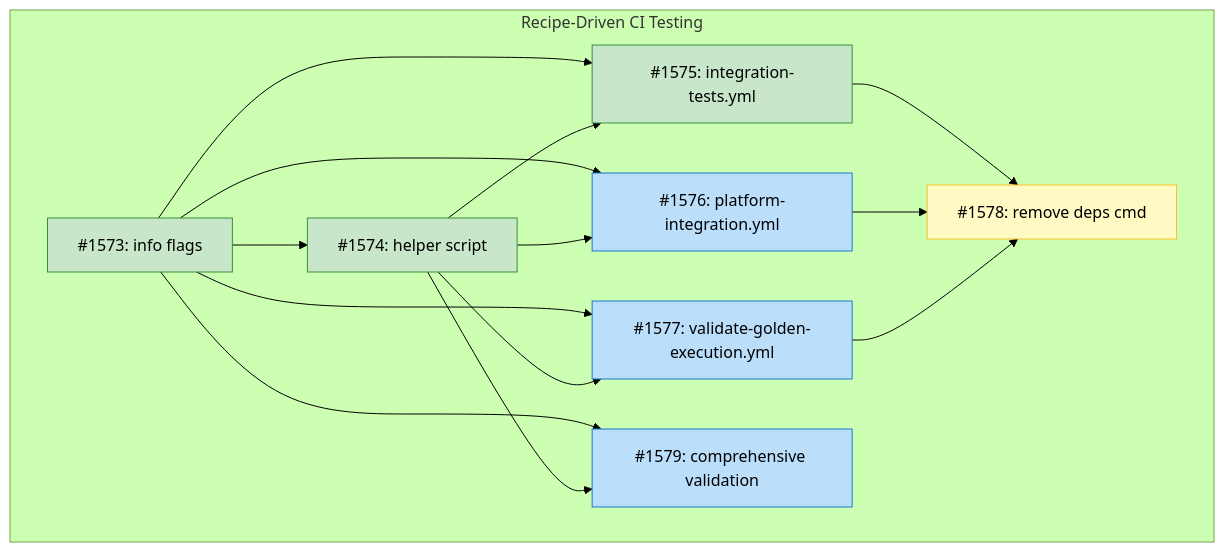
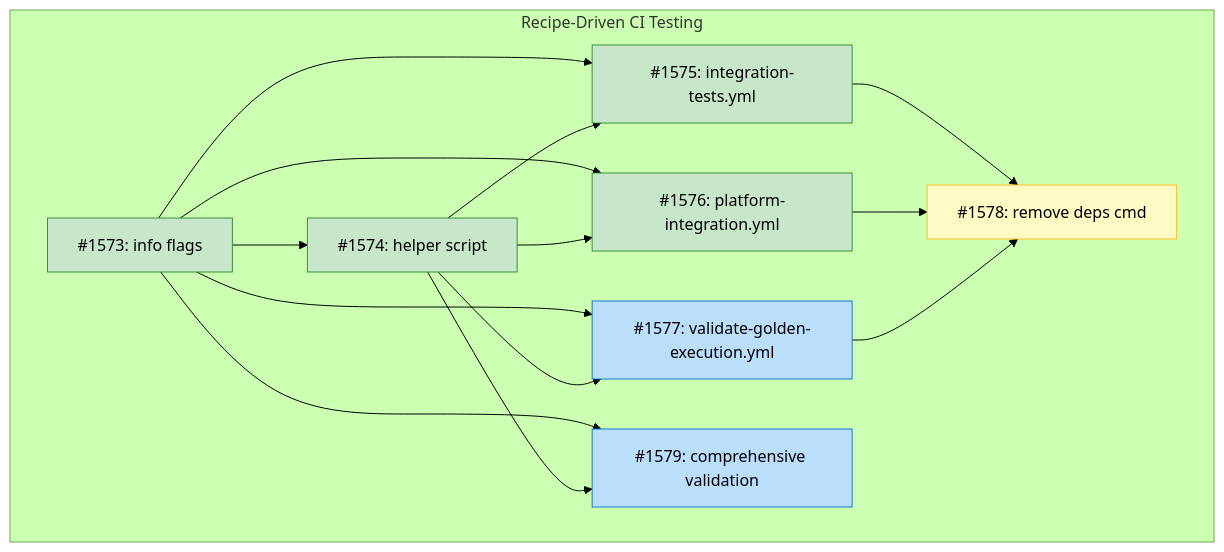
One commit to tsukumogami/tsuku changed the diagram in docs/designs/DESIGN-recipe-driven-ci-testing.md. Above: the diagram before and after it, drawn with Mermaid (forest theme). The commit also changed other lines of this file, not shown here.

````diff
--- a/docs/designs/DESIGN-recipe-driven-ci-testing.md
+++ b/docs/designs/DESIGN-recipe-driven-ci-testing.md
@@ -54,38 +54,38 @@
 ```mermaid
 graph TD
     subgraph Recipe-Driven CI Testing
         I1573[#1573: info flags]
         I1574[#1574: helper script]
         I1575[#1575: integration-tests.yml]
         I1576[#1576: platform-integration.yml]
         I1577[#1577: validate-golden-execution.yml]
         I1578[#1578: remove deps cmd]
         I1579[#1579: comprehensive validation]
     end
 
     I1573 --> I1574
     I1573 --> I1575
     I1573 --> I1576
     I1573 --> I1577
     I1573 --> I1579
     I1574 --> I1575
     I1574 --> I1576
     I1574 --> I1577
     I1574 --> I1579
     I1575 --> I1578
     I1576 --> I1578
     I1577 --> I1578
 
     classDef done fill:#c8e6c9,stroke:#388e3c
     classDef ready fill:#bbdefb,stroke:#1976d2
     classDef blocked fill:#fff9c4,stroke:#fbc02d
     classDef needsDesign fill:#e1bee7,stroke:#7b1fa2
 
     class I1573 done
     class I1574 done
     class I1575 done
-    class I1576 ready
+    class I1576 done
     class I1577 ready
     class I1578 blocked
     class I1579 ready
 ```
````
